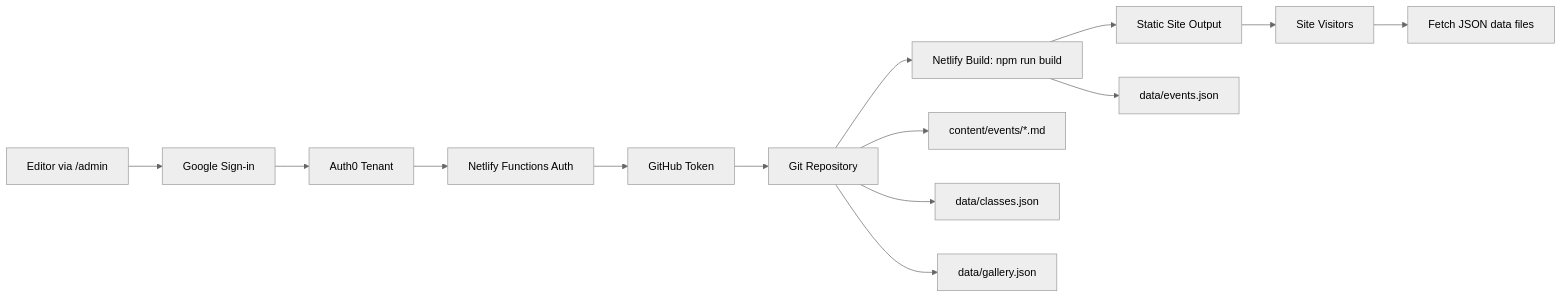
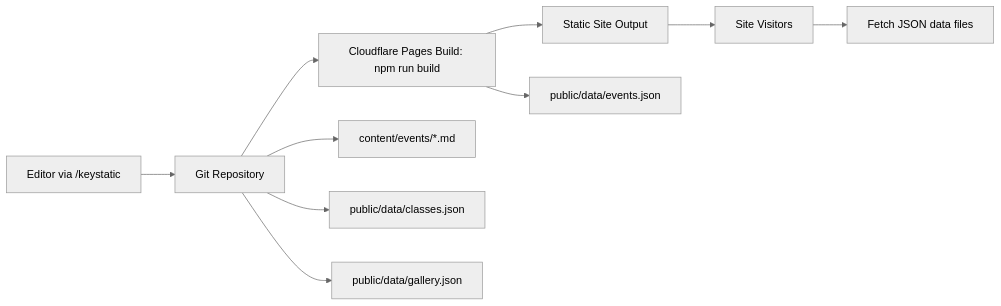
Before and after one commit to seattle-tabla-institute/seattletablainstitute-cf: the diagram in README.md, drawn with Mermaid (neutral theme). The commit also changed other lines of this file and 32 other files, not shown here.

Commit message:
Add Astro + Keystatic for Cloudflare Pages

````diff
--- a/README.md
+++ b/README.md
@@ -19,17 +19,13 @@
 ```mermaid
 flowchart LR
-  Editor[Editor via /admin] --> Google[Google Sign-in]
-  Google --> Auth0[Auth0 Tenant]
-  Auth0 --> Functions[Netlify Functions Auth]
-  Functions --> Token[GitHub Token]
-  Token --> Repo[Git Repository]
-  Repo --> Build[Netlify Build: npm run build]
+  Editor[Editor via /keystatic] --> Repo[Git Repository]
+  Repo --> Build[Cloudflare Pages Build: npm run build]
   Build --> Static[Static Site Output]
 
   Repo --> EventsMD[content/events/*.md]
-  Repo --> ClassesJSON[data/classes.json]
-  Repo --> GalleryJSON[data/gallery.json]
-  Build --> EventsJSON[data/events.json]
+  Repo --> ClassesJSON[public/data/classes.json]
+  Repo --> GalleryJSON[public/data/gallery.json]
+  Build --> EventsJSON[public/data/events.json]
   Static --> Browser[Site Visitors]
   Browser --> DataFetch[Fetch JSON data files]
 ```
````
